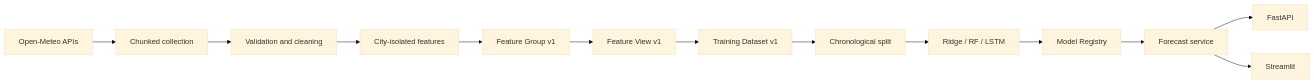
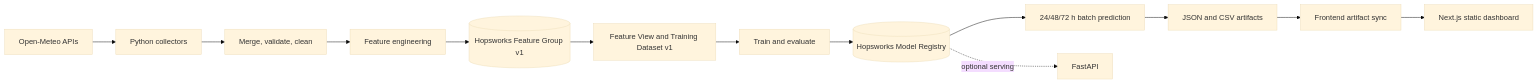
Before and after one commit to sharjeel435/10PearlsProject: the first of 4 diagrams in README.md, drawn with Mermaid (base theme). The commit also changed other lines of this file and 6 other files, not shown here.

````diff
--- a/README.md
+++ b/README.md
@@ -17,15 +27,15 @@
 ```mermaid
 flowchart LR
-    OM[Open-Meteo APIs] --> C[Chunked collection]
-    C --> Q[Validation and cleaning]
-    Q --> F[City-isolated features]
-    F --> FG[Feature Group v1]
-    FG --> FV[Feature View v1]
-    FV --> TD[Training Dataset v1]
-    TD --> S[Chronological split]
-    S --> M[Ridge / RF / LSTM]
-    M --> R[Model Registry]
-    R --> P[Forecast service]
-    P --> API[FastAPI]
-    P --> UI[Streamlit]
+    OM[Open-Meteo APIs] --> COL[Python collectors]
+    COL --> CLEAN[Merge, validate, clean]
+    CLEAN --> FE[Feature engineering]
+    FE --> HW[(Hopsworks Feature Group v1)]
+    HW --> FV[Feature View and Training Dataset v1]
+    FV --> TRAIN[Train and evaluate]
+    TRAIN --> REG[(Hopsworks Model Registry)]
+    REG --> PRED[24/48/72 h batch prediction]
+    PRED --> ART[JSON and CSV artifacts]
+    ART --> SYNC[Frontend artifact sync]
+    SYNC --> WEB[Next.js static dashboard]
+    REG -. optional serving .-> API[FastAPI]
 ```
````
